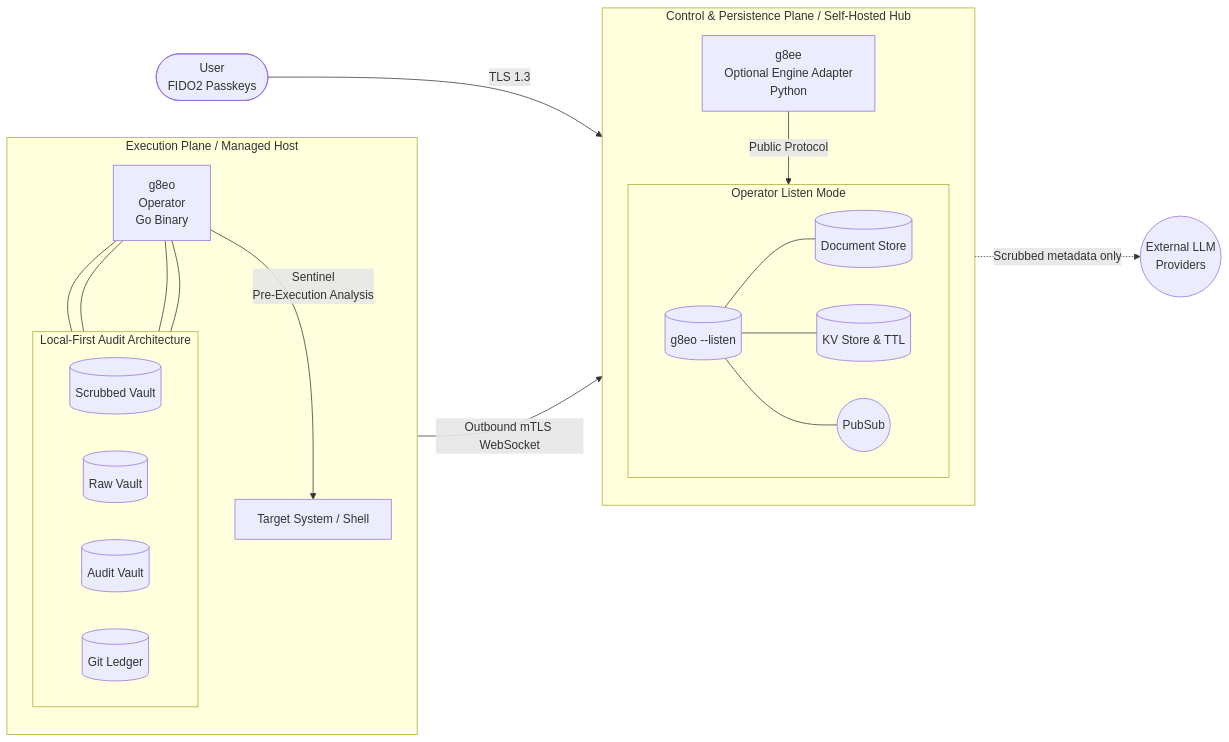
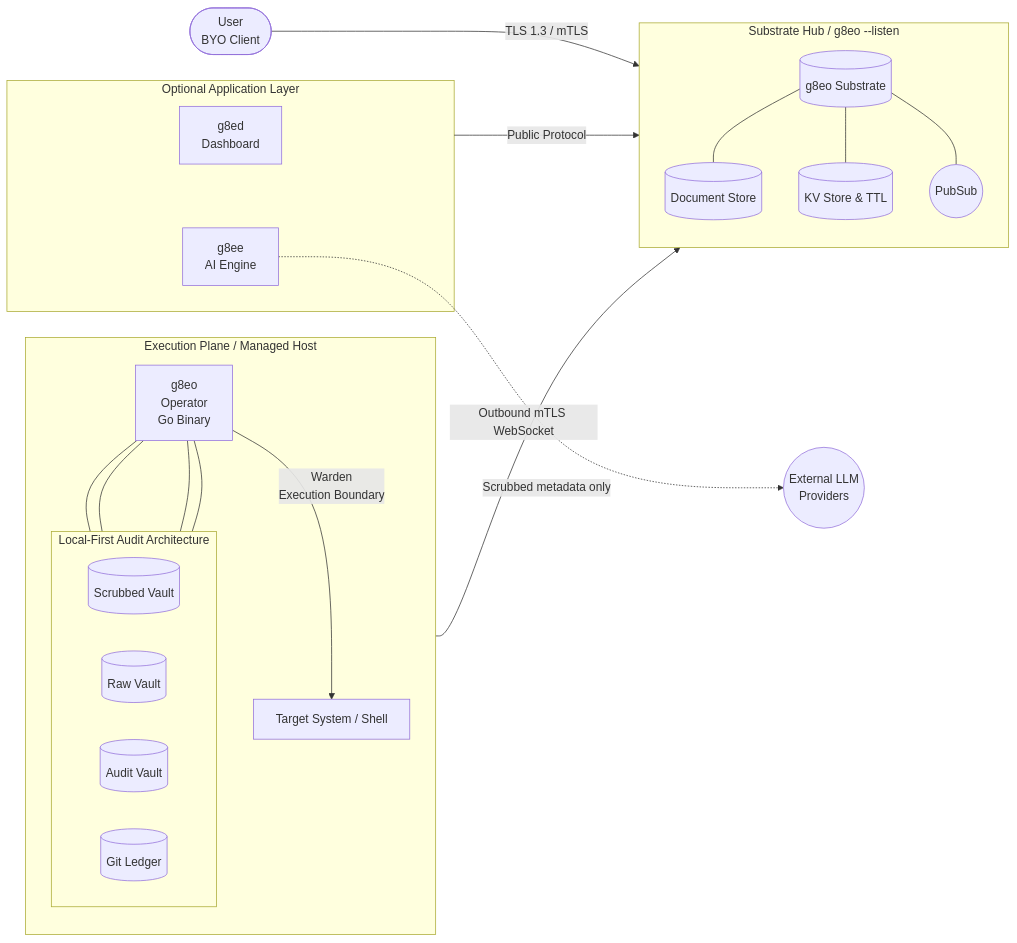
One commit to g8e-ai/g8e changed the second of 2 diagrams in README.md. Above: the diagram before and after it, drawn with Mermaid. The commit also changed other lines of this file and 94 other files, not shown here.

````diff
--- a/README.md
+++ b/README.md
@@ -121,45 +87,44 @@
 ```mermaid
 flowchart LR
-    User([User<br>FIDO2 Passkeys])
+    User([User<br>BYO Client])
 
     subgraph Exec_Plane [Execution Plane / Managed Host]
         direction TB
         g8eo[g8eo<br>Operator<br>Go Binary]
 
         HostOS[Target System / Shell]
-        g8eo -- "Sentinel<br>Pre-Execution Analysis" --> HostOS
+        g8eo -- "Warden<br>Execution Boundary" --> HostOS
 
         subgraph LFAA [Local-First Audit Architecture]
             direction LR
             Scrubbed[(Scrubbed Vault)]
             Raw[(Raw Vault)]
             Audit[(Audit Vault)]
             Ledger[(Git Ledger)]
         end
 
         g8eo --- Scrubbed & Raw & Audit & Ledger
     end
 
-    subgraph Hub [Control & Persistence Plane / Self-Hosted Hub]
+    subgraph Substrate_Hub [Substrate Hub / g8eo --listen]
         direction TB
-        g8ee[g8ee<br>Optional Engine Adapter<br>Python]
+        Listen[(g8eo Substrate)]
+        DS[(Document Store)]
+        KS[(KV Store & TTL)]
+        PS((PubSub))
 
-        subgraph Operator_Listen [Operator Listen Mode]
-            direction LR
-            Listen[(g8eo --listen)]
-            DS[(Document Store)]
-            KS[(KV Store & TTL)]
-            PS((PubSub))
+        Listen --- DS & KS & PS
+    end
 
-            Listen --- DS & KS & PS
-        end
-
-        g8ee -- "Public Protocol" --> Listen
+    subgraph Optional_Apps [Optional Application Layer]
+        g8ed[g8ed<br>Dashboard]
+        g8ee[g8ee<br>AI Engine]
     end
 
     LLM((External LLM<br>Providers))
 
-    User -- "TLS 1.3" --> Listen
+    User -- "TLS 1.3 / mTLS" --> Listen
     g8eo -- "Outbound mTLS WebSocket" --> Listen
+    Optional_Apps -- "Public Protocol" --> Listen
     g8ee -. "Scrubbed metadata only" .-> LLM
 ```
````
